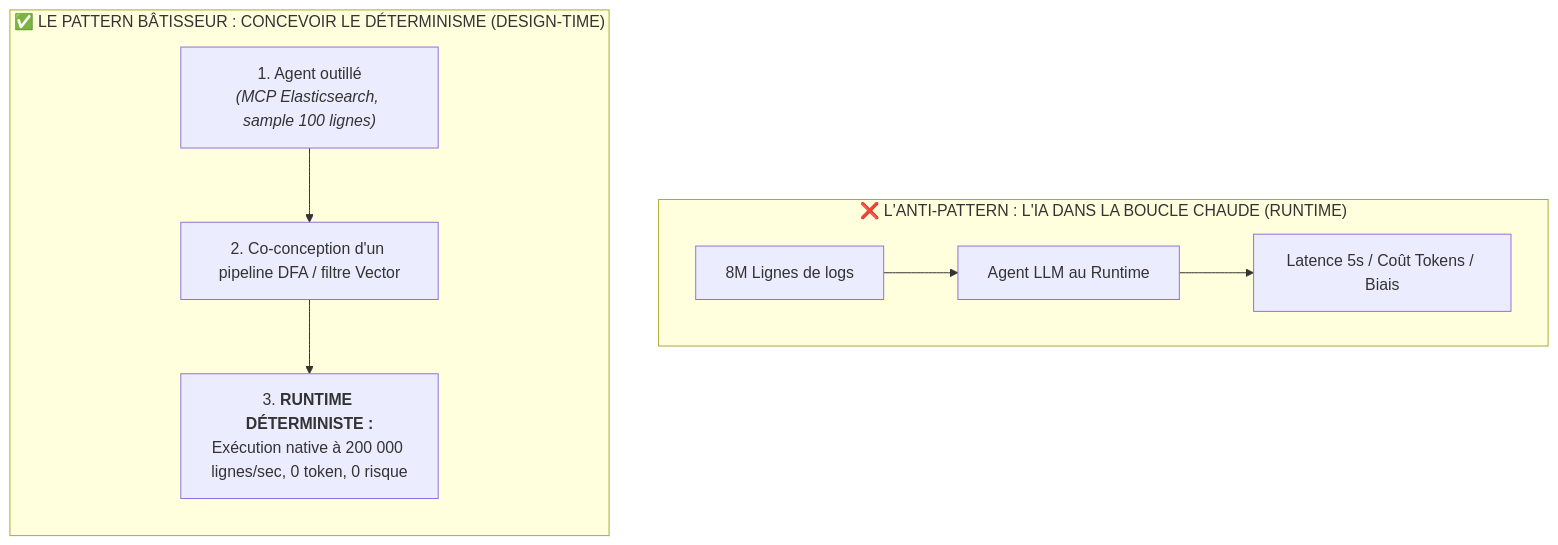
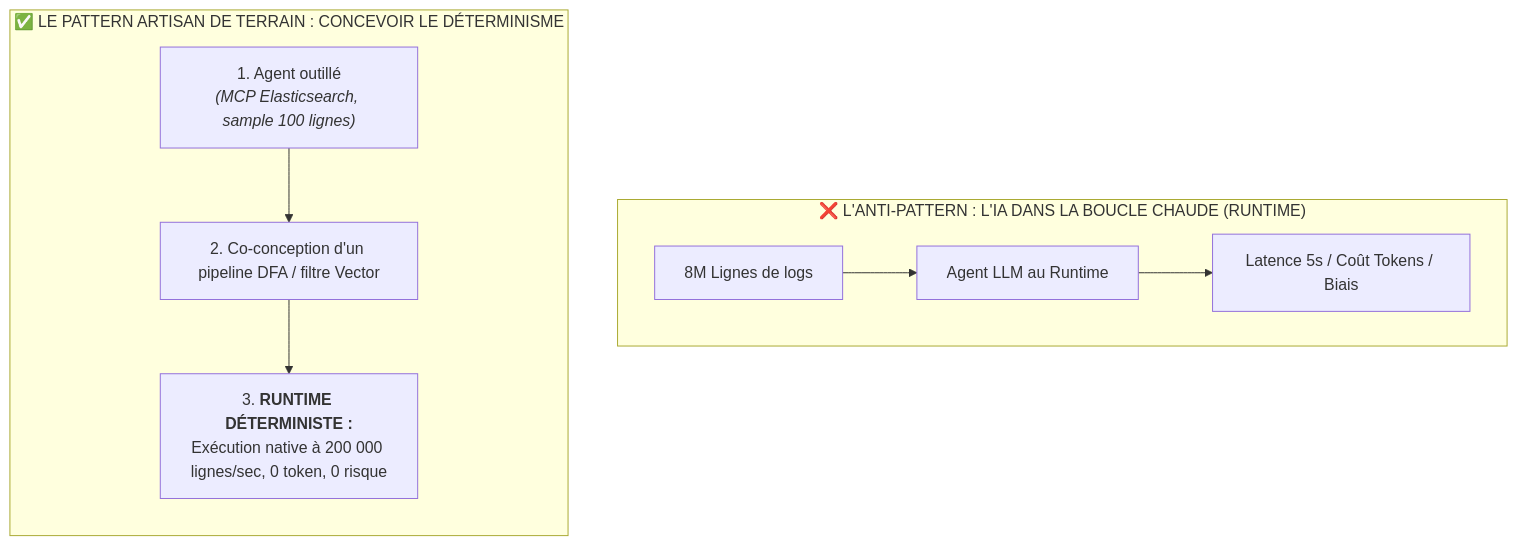
The fourth of 10 diagrams in content/posts/2026-09-19-ai-exoskelton-for-builders-not-oracle.fr.md (gpineda-dev/gpineda-dev.github.io), drawn with Mermaid before and after one commit. The commit also changed other lines of this file and 1 other file, not shown here.

````diff
--- a/content/posts/2026-09-19-ai-exoskelton-for-builders-not-oracle.fr.md
+++ b/content/posts/2026-09-19-ai-exoskelton-for-builders-not-oracle.fr.md
@@ -192,12 +190,12 @@
 ```mermaid
 flowchart TD
     subgraph AntiPattern["❌ L'ANTI-PATTERN : L'IA DANS LA BOUCLE CHAUDE (RUNTIME)"]
         direction LR
         A1["8M Lignes de logs"] --> B1["Agent LLM au Runtime"] --> C1["Latence 5s / Coût Tokens / Biais"]
     end
-    subgraph Pattern["✅ LE PATTERN BÂTISSEUR : CONCEVOIR LE DÉTERMINISME (DESIGN-TIME)"]
+    subgraph Pattern["✅ LE PATTERN ARTISAN DE TERRAIN : CONCEVOIR LE DÉTERMINISME"]
         direction TB
         A2["1. Agent outillé<br><i>(MCP Elasticsearch, sample 100 lignes)</i>"] --> B2["2. Co-conception d'un pipeline DFA / filtre Vector"]
         B2 --> C2["3. <b>RUNTIME DÉTERMINISTE :</b><br>Exécution native à 200 000 lignes/sec, 0 token, 0 risque"]
     end
 ```
````
